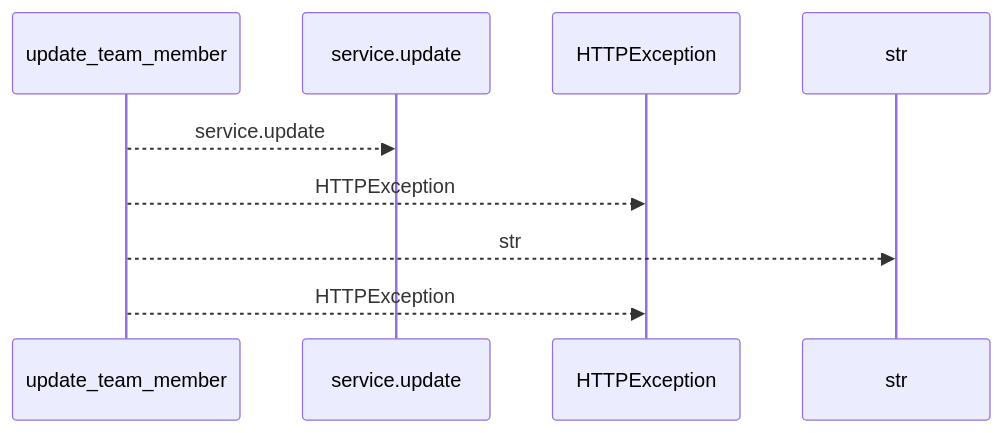
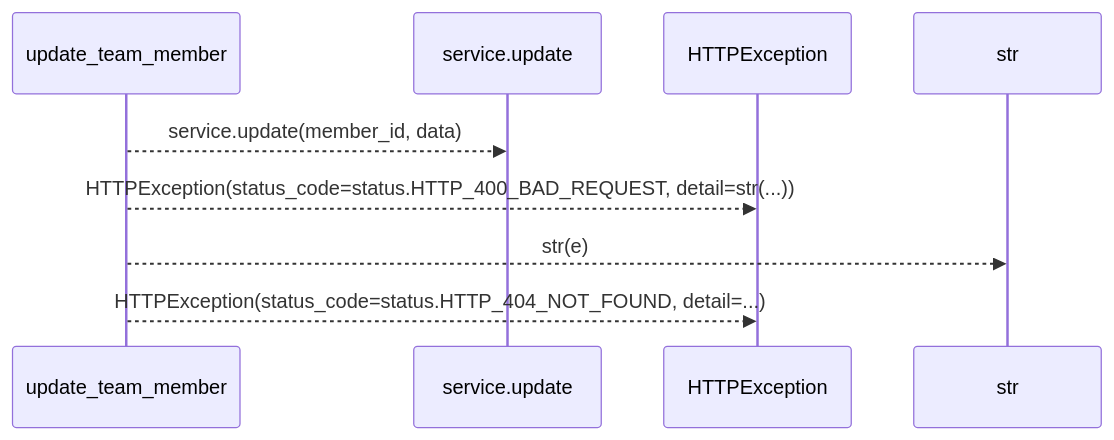
Before and after one commit to Denissvgn/WorkChord: the first of 2 diagrams in docs/llm_wiki/flows/http-update_team_member-team.md, drawn with Mermaid. The commit also changed other lines of this file and 25171 other files, not shown here.

````diff
--- a/docs/llm_wiki/flows/http-update_team_member-team.md
+++ b/docs/llm_wiki/flows/http-update_team_member-team.md
@@ -10,11 +12,11 @@
 ```mermaid
 sequenceDiagram
     participant p0 as update_team_member
     participant p1 as service.update
     participant p2 as HTTPException
     participant p3 as str
-    p0-->>p1: service.update
-    p0-->>p2: HTTPException
-    p0-->>p3: str
-    p0-->>p2: HTTPException
+    p0-->>p1: service.update(member_id, data)
+    p0-->>p2: HTTPException(status_code=status.HTTP_400_BAD_REQUEST, detail=str(...))
+    p0-->>p3: str(e)
+    p0-->>p2: HTTPException(status_code=status.HTTP_404_NOT_FOUND, detail=...)
 ```
````
